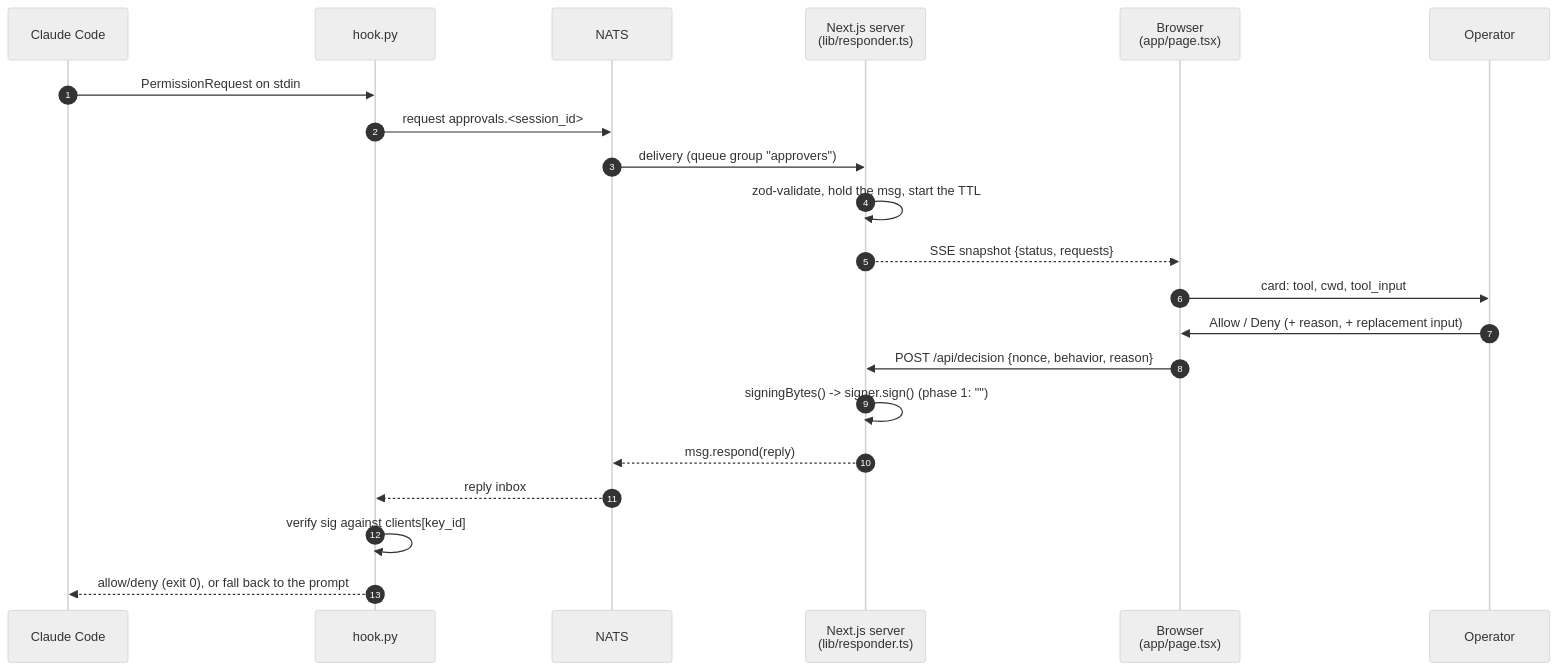
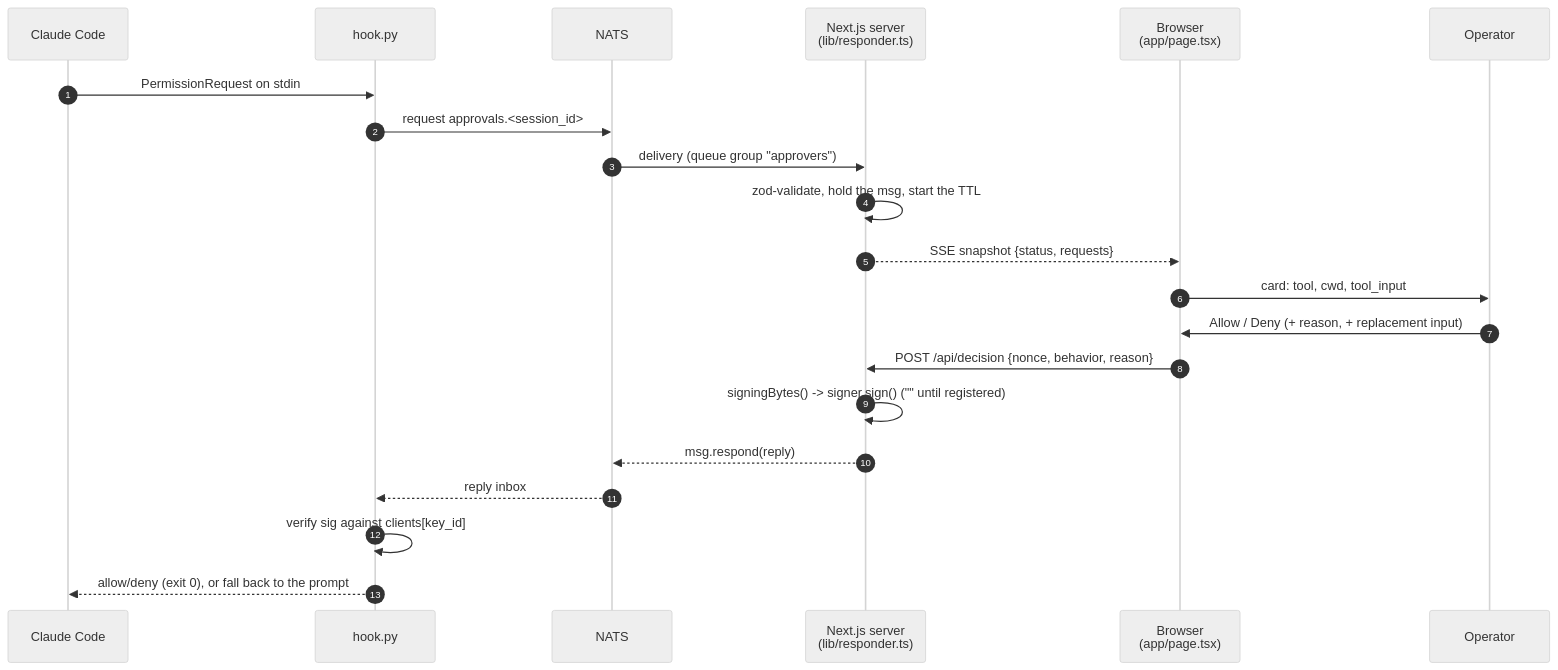
The diagram in approver-web/CLAUDE.md (merlokk/ai-remote), drawn with Mermaid (neutral theme) before and after one commit. The commit also changed other lines of this file and 12 other files, not shown here.

````diff
--- a/approver-web/CLAUDE.md
+++ b/approver-web/CLAUDE.md
@@ -29,24 +35,24 @@
 ```mermaid
 sequenceDiagram
     autonumber
     participant CC as Claude Code
     participant H as hook.py
     participant N as NATS
     participant S as Next.js server<br/>(lib/responder.ts)
     participant B as Browser<br/>(app/page.tsx)
     participant O as Operator
 
     CC->>H: PermissionRequest on stdin
     H->>N: request approvals.<session_id>
     N->>S: delivery (queue group "approvers")
     S->>S: zod-validate, hold the msg, start the TTL
     S-->>B: SSE snapshot {status, requests}
     B->>O: card: tool, cwd, tool_input
     O->>B: Allow / Deny (+ reason, + replacement input)
     B->>S: POST /api/decision {nonce, behavior, reason}
-    S->>S: signingBytes() -> signer.sign()  (phase 1: "")
+    S->>S: signingBytes() -> signer.sign()  ("" until registered)
     S-->>N: msg.respond(reply)
     N-->>H: reply inbox
     H->>H: verify sig against clients[key_id]
     H-->>CC: allow/deny (exit 0), or fall back to the prompt
 ```
````
